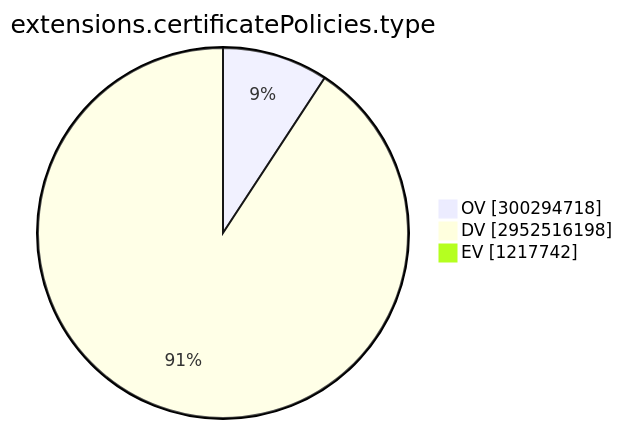
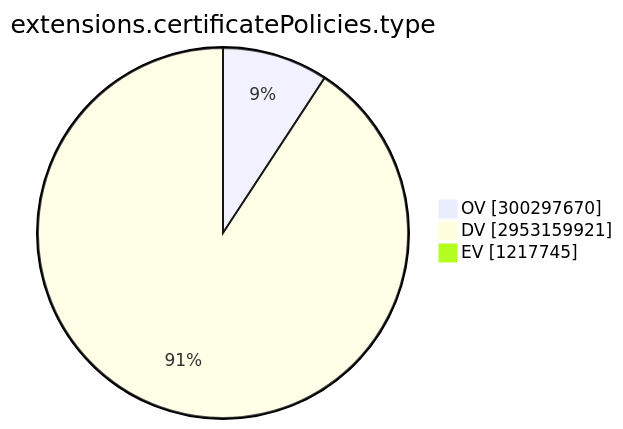
Before and after one commit to christiankrug/ctmonitor_visualization: the ninth of 15 diagrams in TOTAL/README.md, drawn with Mermaid. The commit also changed other lines of this file, not shown here.

````diff
--- a/TOTAL/README.md
+++ b/TOTAL/README.md
@@ -3101,7 +3101,7 @@
 ```mermaid
 pie showData
 title extensions.certificatePolicies.type
-"OV" :300294718
-"DV" :2952516198
-"EV" :1217742
+"OV" :300297670
+"DV" :2953159921
+"EV" :1217745
 ```
````
